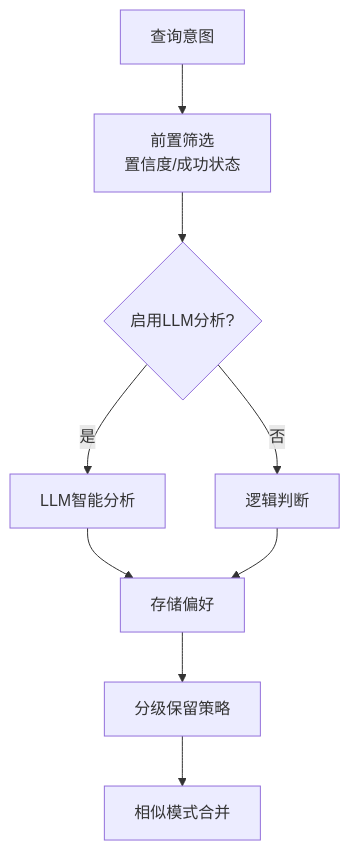
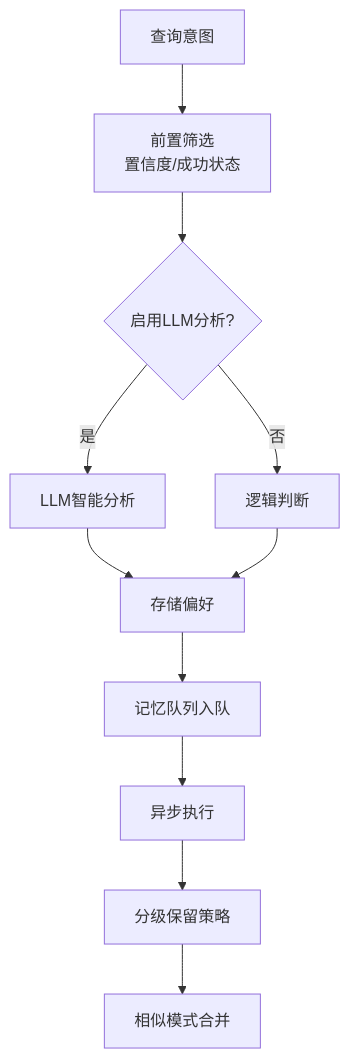
One commit to HanHuiOnLine/724-office changed the ninth of 12 diagrams in .qoder/repowiki/zh/content/Performance Optimization.md. Above: the diagram before and after it, drawn with Mermaid. The commit also changed other lines of this file and 7 other files, not shown here.

````diff
--- a/.qoder/repowiki/zh/content/Performance Optimization.md
+++ b/.qoder/repowiki/zh/content/Performance Optimization.md
@@ -333,11 +431,13 @@
 ```mermaid
 flowchart TD
 Q["查询意图"] --> Filter["前置筛选<br/>置信度/成功状态"]
 Filter --> LLM{"启用LLM分析?"}
 LLM --> |是| Analyze["LLM智能分析"]
 LLM --> |否| Logic["逻辑判断"]
 Analyze --> Store["存储偏好"]
 Logic --> Store
-Store --> Retention["分级保留策略"]
+Store --> Queue["记忆队列入队"]
+Queue --> Async["异步执行"]
+Async --> Retention["分级保留策略"]
 Retention --> Merge["相似模式合并"]
 ```
````
